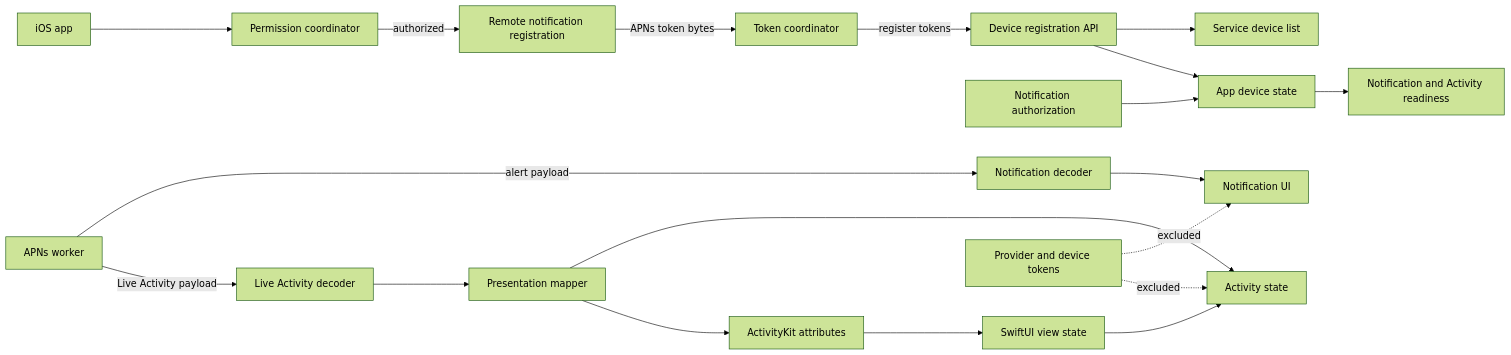
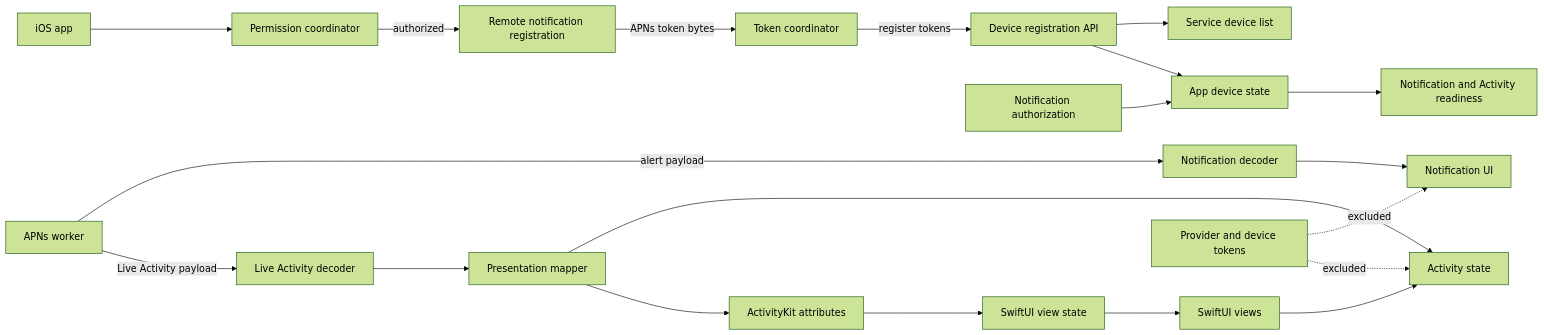
The diagram in docs/ios.md (dotbrains/beam), drawn with Mermaid (forest theme) before and after one commit. The commit also changed other lines of this file and 2 other files, not shown here.

Commit message:
feat: compose iOS Live Activity views

````diff
--- a/docs/ios.md
+++ b/docs/ios.md
@@ -8,21 +8,22 @@
 ```mermaid
 flowchart LR
   app[iOS app] --> permissionFlow[Permission coordinator]
   permissionFlow -->|authorized| remote[Remote notification registration]
   remote -->|APNs token bytes| coordinator[Token coordinator]
   coordinator -->|register tokens| api[Device registration API]
   api --> service[Service device list]
   api --> deviceState[App device state]
   permission[Notification authorization] --> deviceState
   deviceState --> routing[Notification and Activity readiness]
   worker[APNs worker] -->|alert payload| notification[Notification decoder]
   worker -->|Live Activity payload| activity[Live Activity decoder]
   notification --> ui[Notification UI]
   activity --> presentation[Presentation mapper]
   presentation --> live[Activity state]
   presentation --> attributes[ActivityKit attributes]
   attributes --> viewState[SwiftUI view state]
-  viewState --> live
+  viewState --> views[SwiftUI views]
+  views --> live
   secrets[Provider and device tokens] -. excluded .-> ui
   secrets -. excluded .-> live
 ```
````
